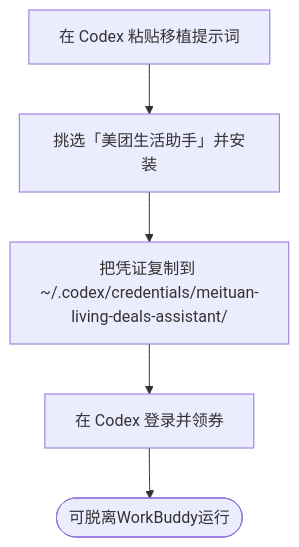
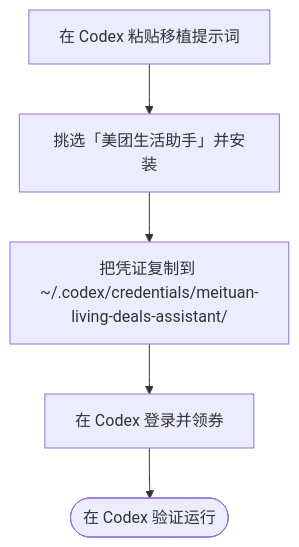
The fourth of 4 diagrams in README.md (chillboy67/workbuddy-meituan-daily-benefits-guide), drawn with Mermaid before and after one commit. The commit also changed other lines of this file and 3 other files, not shown here.

````diff
--- a/README.md
+++ b/README.md
@@ -159,7 +168,7 @@
 ```mermaid
 flowchart TD
     Step1[在 Codex 粘贴移植提示词] --> Step2[挑选「美团生活助手」并安装]
     Step2 --> Step3[把凭证复制到 ~/.codex/credentials/meituan-living-deals-assistant/]
     Step3 --> Step4[在 Codex 登录并领券]
-    Step4 --> End3([可脱离WorkBuddy运行])
+    Step4 --> End3([在 Codex 验证运行])
 ```
````
